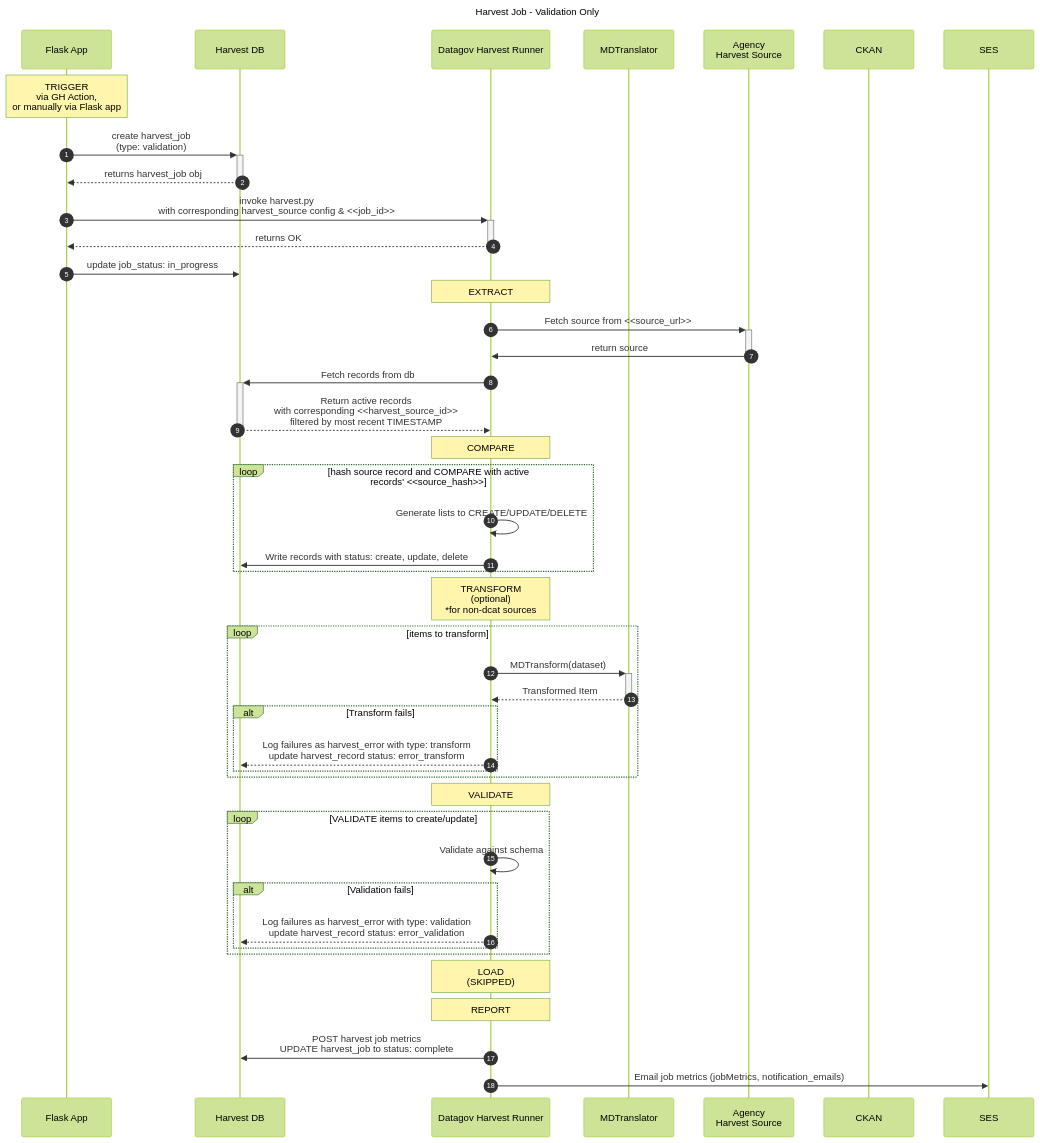
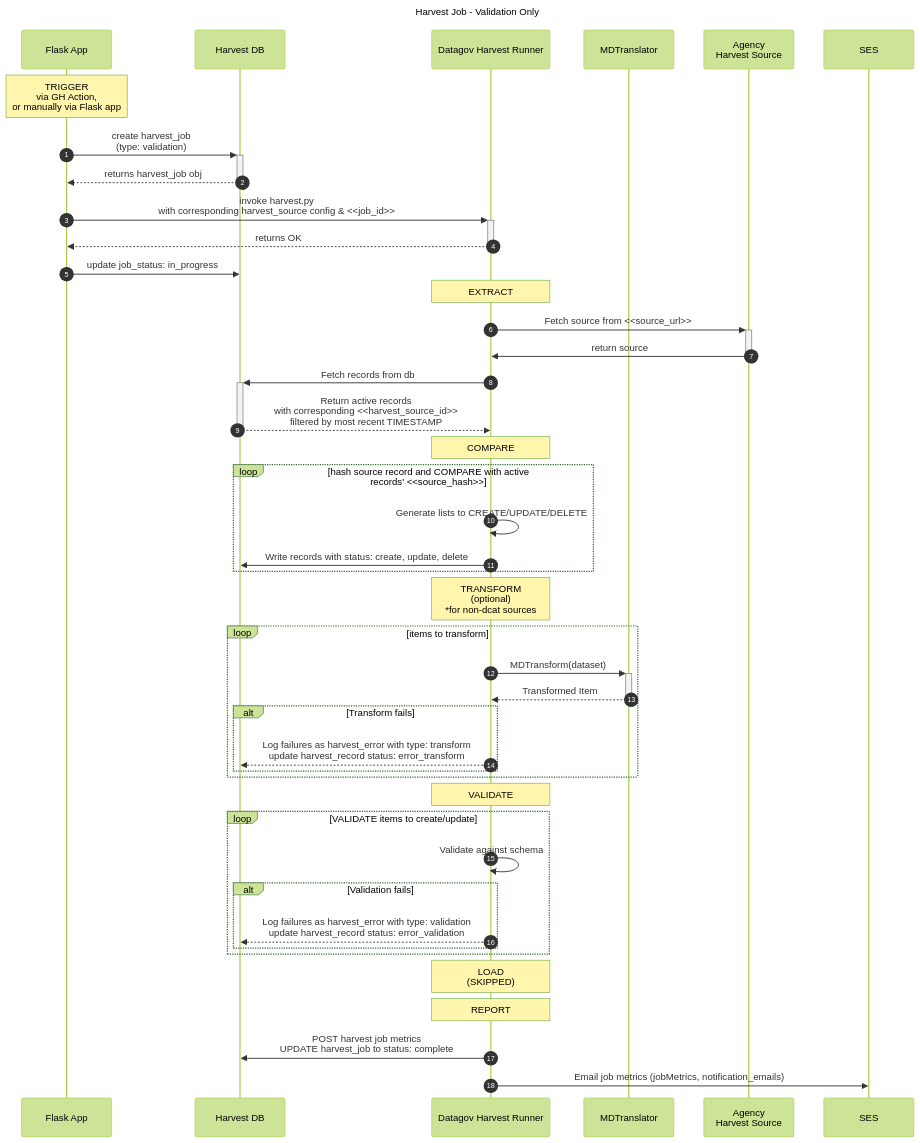
Before and after one commit to GSA/datagov-harvester: the diagram in docs/diagrams/mermaid/src/harvest_job_seq__validate.md, drawn with Mermaid (forest theme). The commit also changed 17 other files, not shown here.

````diff
--- a/docs/diagrams/mermaid/src/harvest_job_seq__validate.md
+++ b/docs/diagrams/mermaid/src/harvest_job_seq__validate.md
@@ -1,50 +1,49 @@
 ```mermaid
 ---
 title: Harvest Job - Validation Only
 ---
 sequenceDiagram
     autonumber
     participant FA as Flask App
     participant HDB as Harvest DB
     participant DHR as Datagov Harvest Runner
     participant MD as MDTranslator
     participant HS as Agency<br>Harvest Source
-    participant CKAN
     participant SES
     note over FA: TRIGGER <br> via GH Action,<br>or manually via Flask app
     FA->>+HDB: create harvest_job<br>(type: validation)
     HDB-->>-FA: returns harvest_job obj
     FA->>+DHR: invoke harvest.py<br> with corresponding harvest_source config & <<job_id>>
     DHR-->>-FA: returns OK
     FA->>HDB: update job_status: in_progress
     note over DHR: EXTRACT
     DHR->>+HS: Fetch source from <<source_url>>
     HS->>-DHR: return source
     DHR->>+HDB: Fetch records from db
     HDB-->>-DHR: Return active records<br>with corresponding <<harvest_source_id>><br>filtered by most recent TIMESTAMP
     note over DHR: COMPARE
     loop hash source record and COMPARE with active records' <<source_hash>>
         DHR->>DHR: Generate lists to CREATE/UPDATE/DELETE
         DHR->>HDB: Write records with status: create, update, delete
     end
     note over DHR: TRANSFORM<br>(optional)<br>*for non-dcat sources
     loop items to transform
         DHR->>+MD: MDTransform(dataset)
         MD-->>-DHR: Transformed Item
         alt Transform fails
             DHR-->>HDB: Log failures as harvest_error with type: transform<br>update harvest_record status: error_transform
         end
     end
     note over DHR: VALIDATE
     loop VALIDATE items to create/update
         DHR->>DHR: Validate against schema
         alt Validation fails
             DHR-->>HDB: Log failures as harvest_error with type: validation<br>update harvest_record status: error_validation
         end
     end
 
     note over DHR: LOAD<br>(SKIPPED)
     note over DHR: REPORT
     DHR->>HDB: POST harvest job metrics <br> UPDATE harvest_job to status: complete
     DHR->>SES: Email job metrics (jobMetrics, notification_emails)
 ```
````
